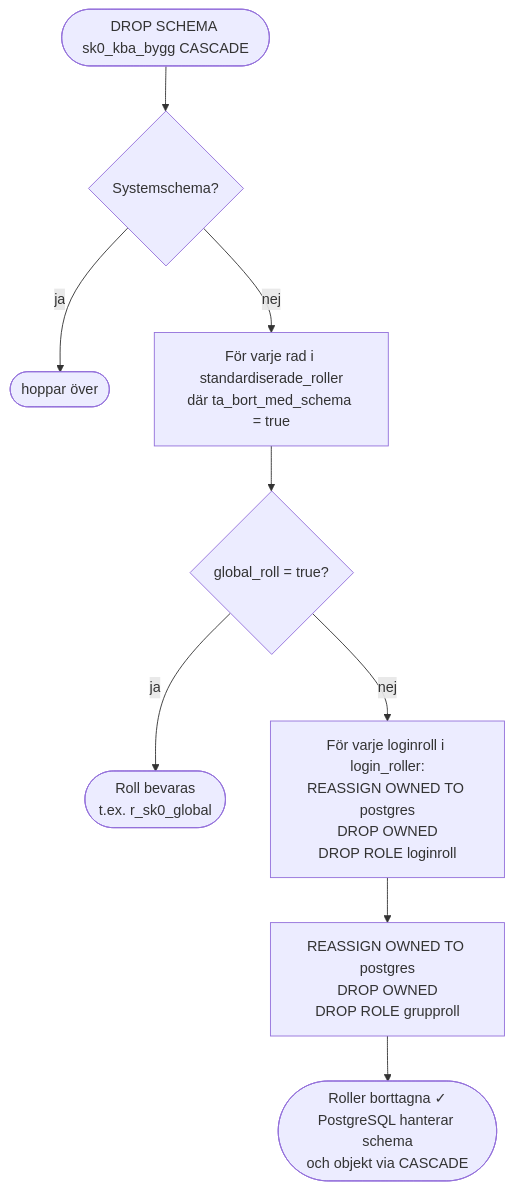
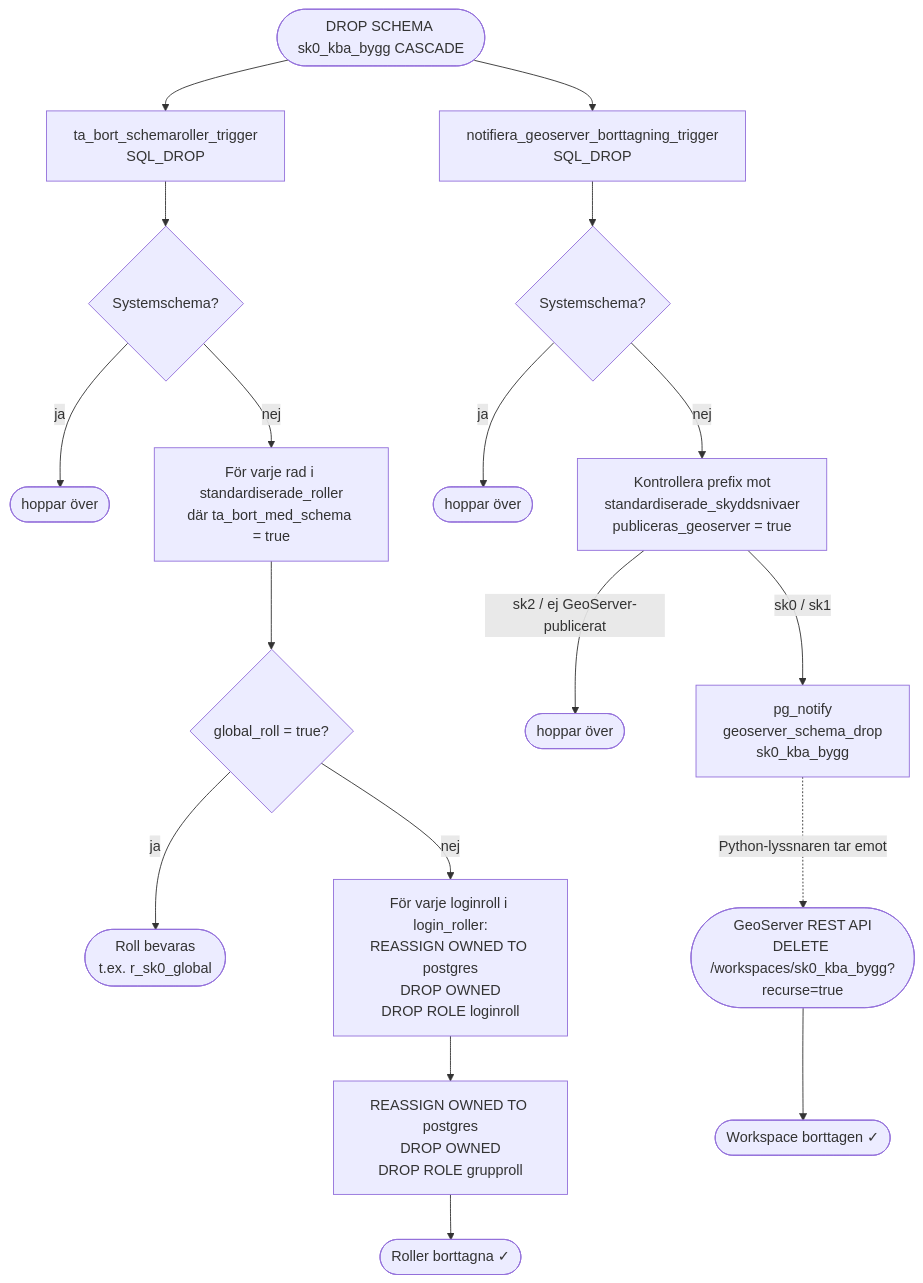
One commit to Geodata-Kungsbacka/Hex changed the eighth of 9 diagrams in LOGIC_MAP.md. Above: the diagram before and after it, drawn with Mermaid. The commit also changed other lines of this file and 3 other files, not shown here.

````diff
--- a/LOGIC_MAP.md
+++ b/LOGIC_MAP.md
@@ -695,12 +697,23 @@
 ```mermaid
 flowchart TD
     START(["DROP SCHEMA sk0_kba_bygg CASCADE"])
-    START --> SYS{"Systemschema?"}
+    START --> TBS_T["ta_bort_schemaroller_trigger<br/>SQL_DROP"]
+    START --> NGB_T["notifiera_geoserver_borttagning_trigger<br/>SQL_DROP"]
+
+    TBS_T --> SYS{"Systemschema?"}
     SYS --> |ja| SKIP(["hoppar över"])
     SYS --> |nej| LOOP["För varje rad i standardiserade_roller<br/>där ta_bort_med_schema = true"]
     LOOP --> GLOBAL{"global_roll = true?"}
     GLOBAL --> |ja| KEEP(["Roll bevaras<br/>t.ex. r_sk0_global"])
     GLOBAL --> |nej| LOGIN["För varje loginroll i login_roller:<br/>REASSIGN OWNED TO postgres<br/>DROP OWNED<br/>DROP ROLE loginroll"]
     LOGIN --> GROUP["REASSIGN OWNED TO postgres<br/>DROP OWNED<br/>DROP ROLE grupproll"]
-    GROUP --> DONE(["Roller borttagna ✓<br/>PostgreSQL hanterar schema<br/>och objekt via CASCADE"])
+    GROUP --> DONE_ROLES(["Roller borttagna ✓"])
+
+    NGB_T --> SYS2{"Systemschema?"}
+    SYS2 --> |ja| SKIP2(["hoppar över"])
+    SYS2 --> |nej| GS_CHK["Kontrollera prefix mot<br/>standardiserade_skyddsnivaer<br/>publiceras_geoserver = true"]
+    GS_CHK --> |"sk2 / ej GeoServer-publicerat"| SKIP3(["hoppar över"])
+    GS_CHK --> |"sk0 / sk1"| NOTIFY["pg_notify<br/>geoserver_schema_drop<br/>sk0_kba_bygg"]
+    NOTIFY -.->|"Python-lyssnaren tar emot"| GS(["GeoServer REST API<br/>DELETE /workspaces/sk0_kba_bygg?recurse=true"])
+    GS --> DONE_GS(["Workspace borttagen ✓"])
 ```
````
